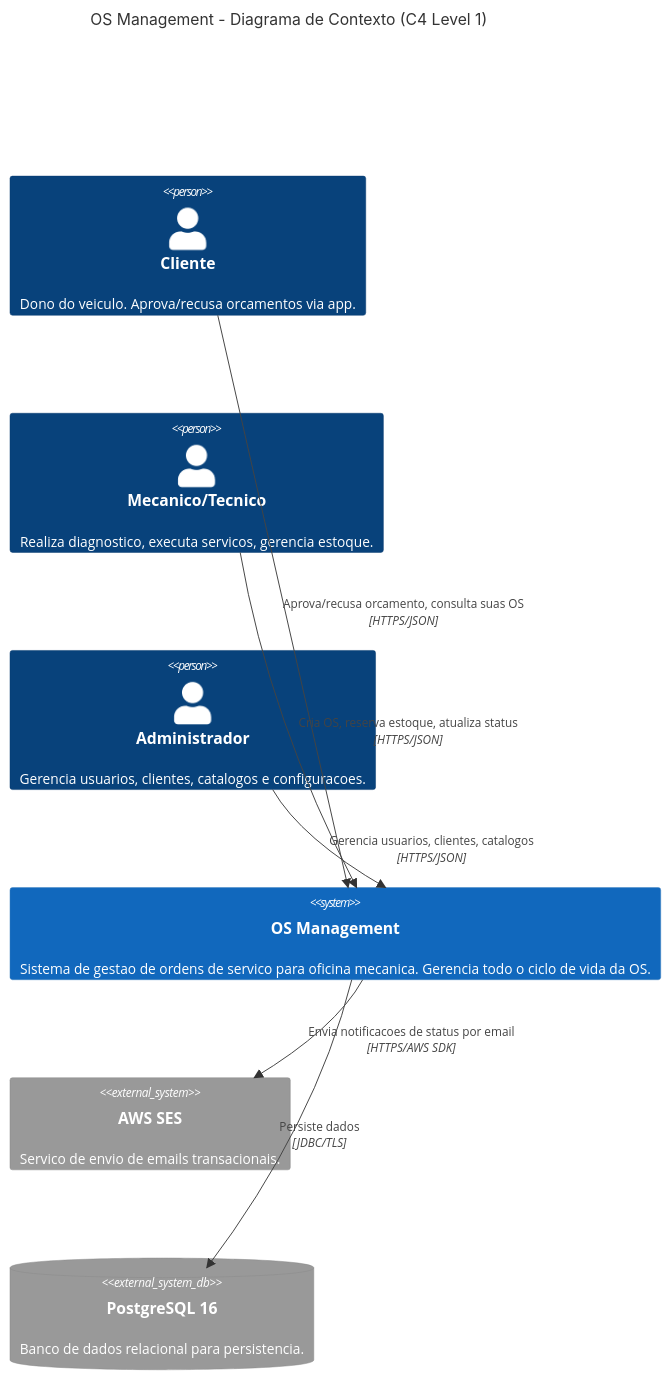
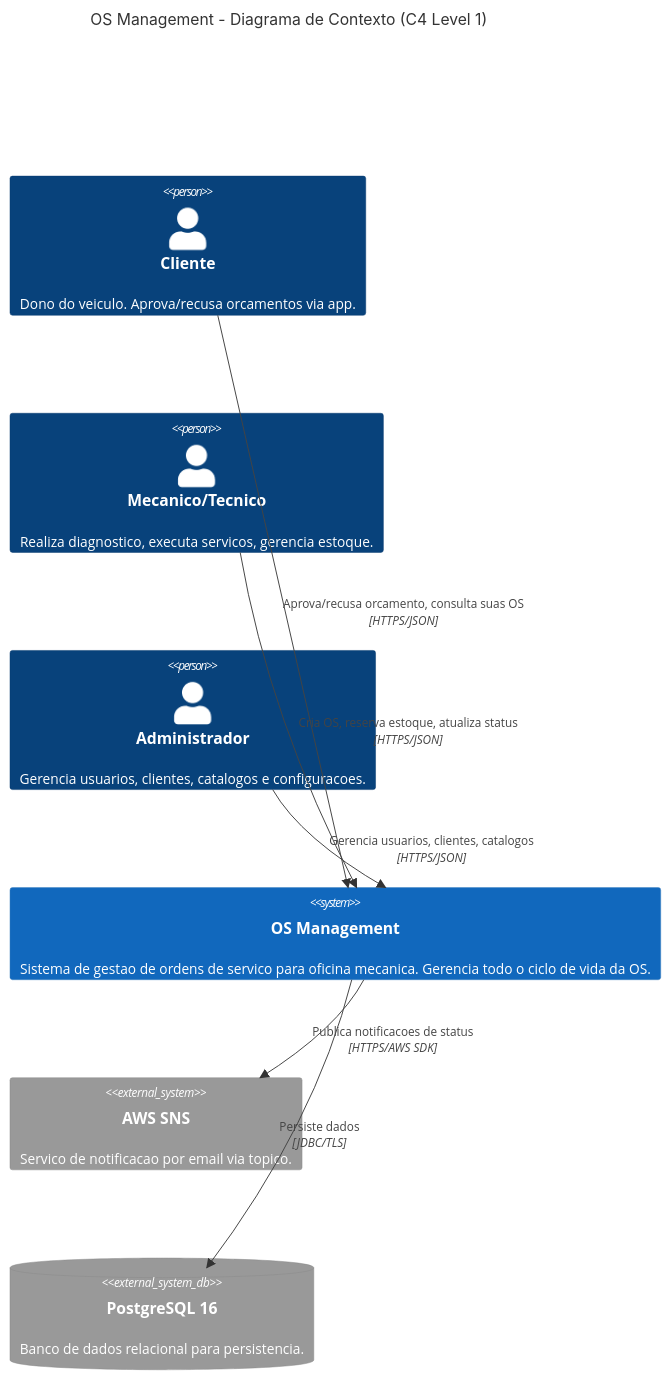
Before and after one commit to TechChallenge-Software-Architetute/os-management: the first of 3 diagrams in docs/architecture.md, drawn with Mermaid. The commit also changed other lines of this file and 12 other files, not shown here.

Commit message:
feat: change email notification AWS SES to AWS SQS on status change

````diff
--- a/docs/architecture.md
+++ b/docs/architecture.md
@@ -9,19 +9,19 @@
 ```mermaid
 C4Context
     title OS Management - Diagrama de Contexto (C4 Level 1)
 
     Person(cliente, "Cliente", "Dono do veiculo. Aprova/recusa orcamentos via app.")
     Person(mecanico, "Mecanico/Tecnico", "Realiza diagnostico, executa servicos, gerencia estoque.")
     Person(admin, "Administrador", "Gerencia usuarios, clientes, catalogos e configuracoes.")
 
     System(osManagement, "OS Management", "Sistema de gestao de ordens de servico para oficina mecanica. Gerencia todo o ciclo de vida da OS.")
 
-    System_Ext(ses, "AWS SES", "Servico de envio de emails transacionais.")
+    System_Ext(sns, "AWS SNS", "Servico de notificacao por email via topico.")
     SystemDb_Ext(postgres, "PostgreSQL 16", "Banco de dados relacional para persistencia.")
 
     Rel(cliente, osManagement, "Aprova/recusa orcamento, consulta suas OS", "HTTPS/JSON")
     Rel(mecanico, osManagement, "Cria OS, reserva estoque, atualiza status", "HTTPS/JSON")
     Rel(admin, osManagement, "Gerencia usuarios, clientes, catalogos", "HTTPS/JSON")
-    Rel(osManagement, ses, "Envia notificacoes de status por email", "HTTPS/AWS SDK")
+    Rel(osManagement, sns, "Publica notificacoes de status", "HTTPS/AWS SDK")
     Rel(osManagement, postgres, "Persiste dados", "JDBC/TLS")
 ```
````
